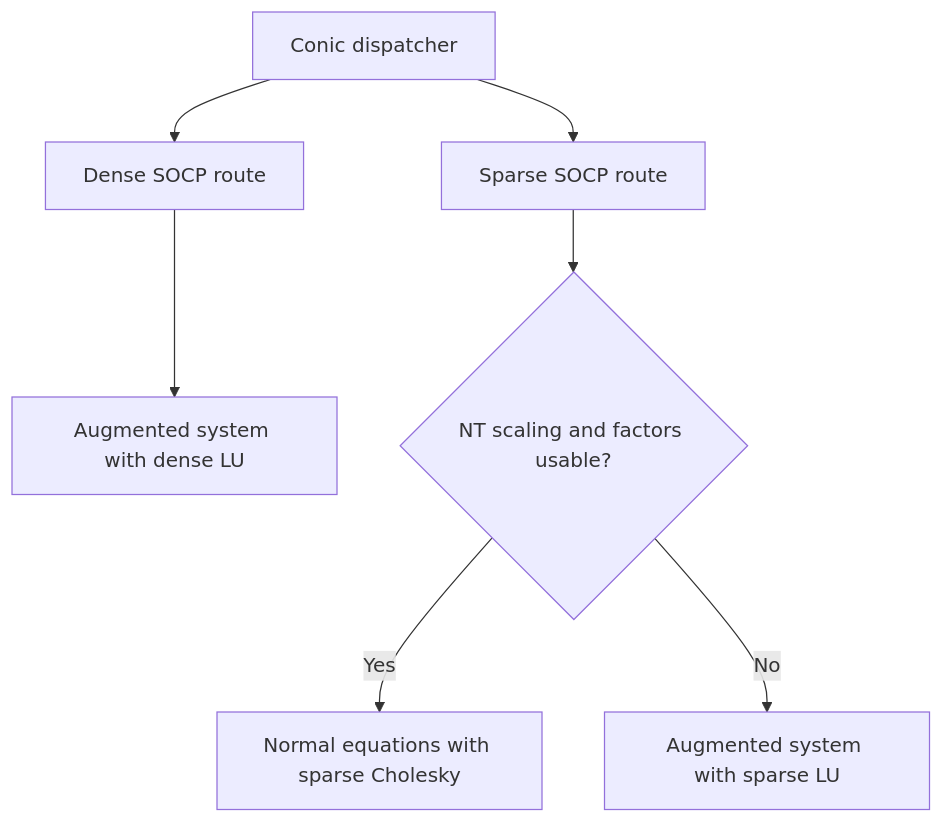
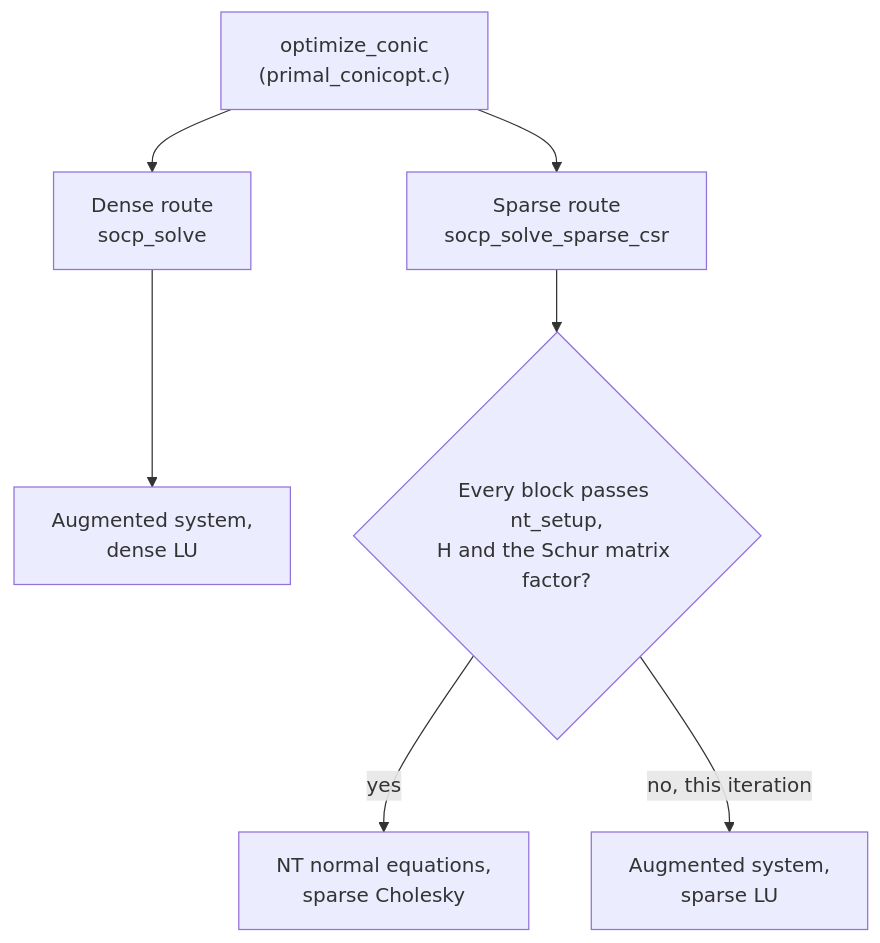
The diagram in algorithms/conic-socp.md (c-vision/Primal), drawn with Mermaid before and after one commit. The commit also changed other lines of this file and 37 other files, not shown here.

````diff
--- a/algorithms/conic-socp.md
+++ b/algorithms/conic-socp.md
@@ -91,9 +151,9 @@
 ```mermaid
 flowchart TD
-    A[Conic dispatcher] --> B[Dense SOCP route]
-    A --> C[Sparse SOCP route]
-    B --> D[Augmented system with dense LU]
-    C --> E{NT scaling and factors usable?}
-    E -->|Yes| F[Normal equations with sparse Cholesky]
-    E -->|No| G[Augmented system with sparse LU]
+    A["optimize_conic<br/>(primal_conicopt.c)"] --> B["Dense route<br/>socp_solve"]
+    A --> C["Sparse route<br/>socp_solve_sparse_csr"]
+    B --> D["Augmented system,<br/>dense LU"]
+    C --> E{"Every block passes nt_setup,<br/>H and the Schur matrix factor?"}
+    E -->|yes| F["NT normal equations,<br/>sparse Cholesky"]
+    E -->|no, this iteration| G["Augmented system,<br/>sparse LU"]
 ```
````
